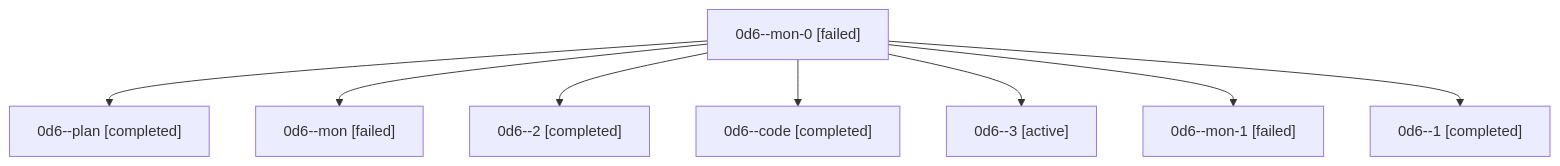
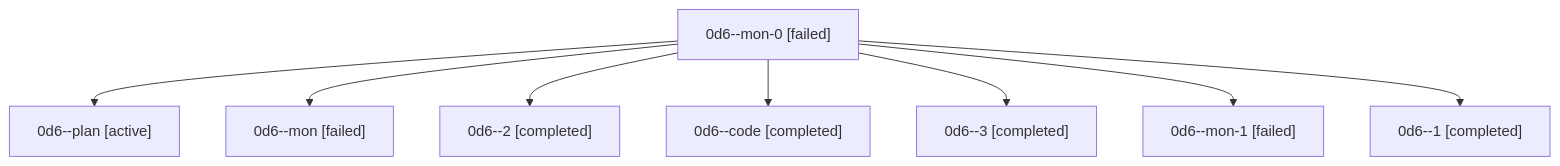
Before and after one commit to sase-org/sase--agents: the diagram in families/bbugyi200.athena.0d6.md, drawn with Mermaid. The commit also changed other lines of this file and 35830 other files, not shown here.

````diff
--- a/families/bbugyi200.athena.0d6.md
+++ b/families/bbugyi200.athena.0d6.md
@@ -9,18 +9,18 @@
 ```mermaid
 flowchart TD
   n0["0d6--mon-0 [failed]"]
-  n1["0d6--plan [completed]"]
+  n1["0d6--plan [active]"]
   n0 --> n1
   n2["0d6--mon [failed]"]
   n0 --> n2
   n3["0d6--2 [completed]"]
   n0 --> n3
   n4["0d6--code [completed]"]
   n0 --> n4
-  n5["0d6--3 [active]"]
+  n5["0d6--3 [completed]"]
   n0 --> n5
   n6["0d6--mon-1 [failed]"]
   n0 --> n6
   n7["0d6--1 [completed]"]
   n0 --> n7
 ```
````
